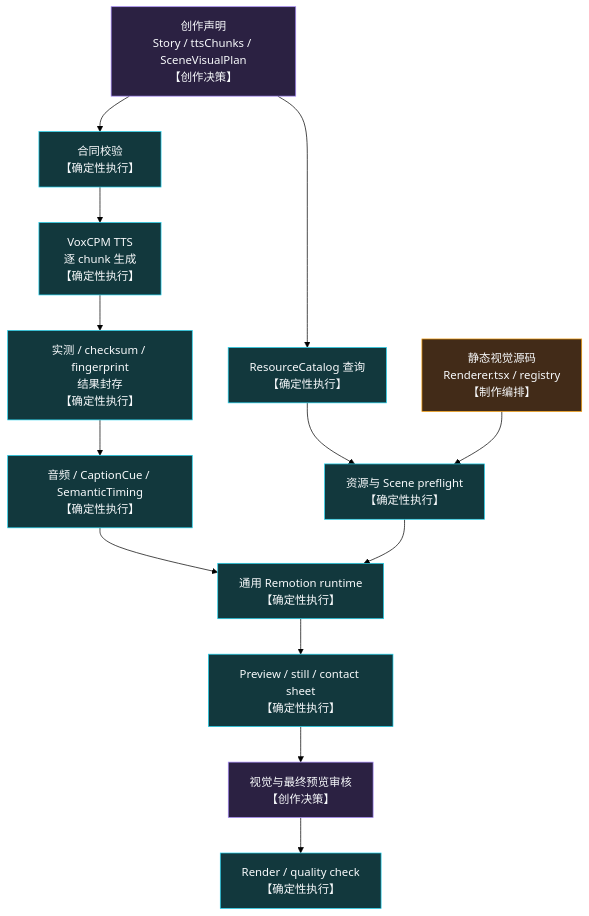
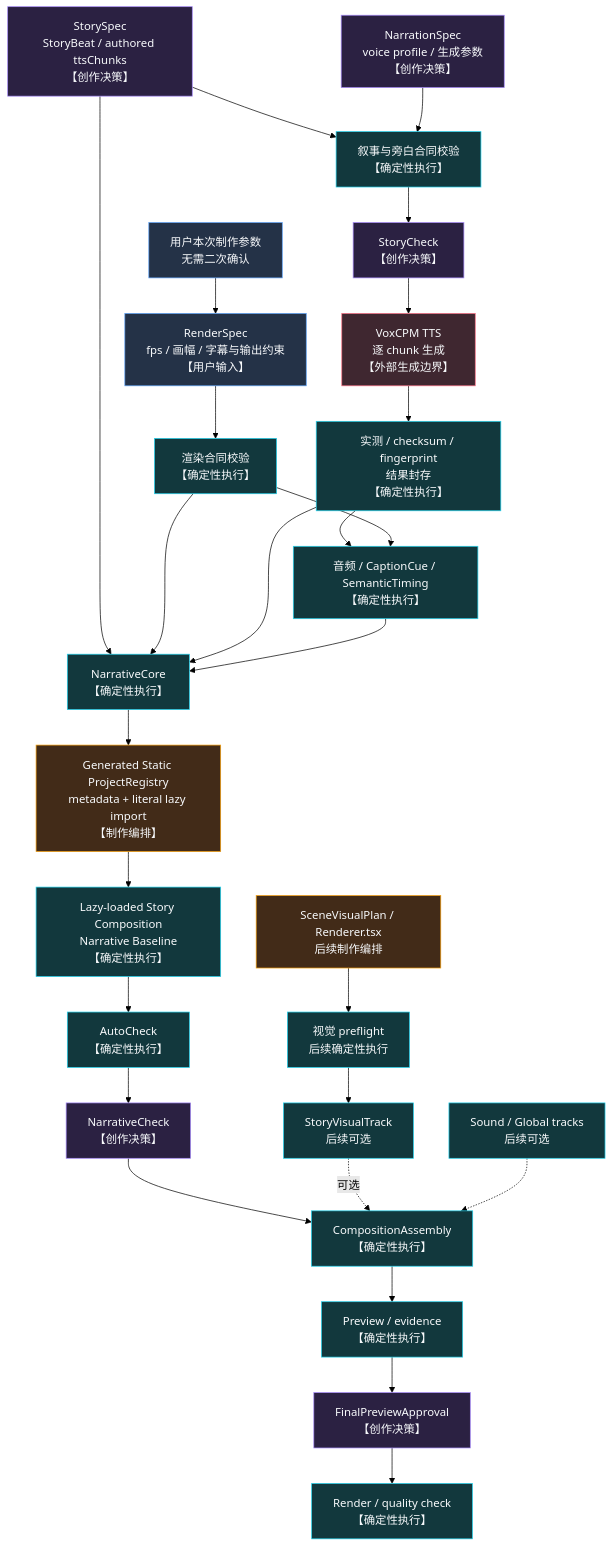
The first of 2 diagrams in docs/DETERMINISTIC_EXECUTION.md (AXMORF/axmorf-studio), drawn with Mermaid (forest theme) before and after one commit. The commit also changed other lines of this file and 11 other files, not shown here.

````diff
--- a/docs/DETERMINISTIC_EXECUTION.md
+++ b/docs/DETERMINISTIC_EXECUTION.md
@@ -35,27 +35,44 @@
 ```mermaid
 flowchart TB
-    Authored["创作声明<br/>Story / ttsChunks / SceneVisualPlan<br/>【创作决策】"]
-    Source["静态视觉源码<br/>Renderer.tsx / registry<br/>【制作编排】"]
-
-    Authored --> Contract["合同校验<br/>【确定性执行】"]
-    Contract --> TTS["VoxCPM TTS<br/>逐 chunk 生成<br/>【确定性执行】"]
+    Story["StorySpec<br/>StoryBeat / authored ttsChunks<br/>【创作决策】"]
+    NarrationSpec["NarrationSpec<br/>voice profile / 生成参数<br/>【创作决策】"]
+    RenderInput["用户本次制作参数<br/>无需二次确认"] --> RenderSpec["RenderSpec<br/>fps / 画幅 / 字幕与输出约束<br/>【用户输入】"]
+    Story --> Contract["叙事与旁白合同校验<br/>【确定性执行】"]
+    NarrationSpec --> Contract
+    RenderSpec --> RenderContract["渲染合同校验<br/>【确定性执行】"]
+    Contract --> StoryCheck["StoryCheck<br/>【创作决策】"]
+    StoryCheck --> TTS["VoxCPM TTS<br/>逐 chunk 生成<br/>【外部生成边界】"]
     TTS --> Seal["实测 / checksum / fingerprint<br/>结果封存<br/>【确定性执行】"]
     Seal --> Timing["音频 / CaptionCue / SemanticTiming<br/>【确定性执行】"]
+    RenderContract --> Timing
 
-    Authored --> Catalog["ResourceCatalog 查询<br/>【确定性执行】"]
-    Catalog --> Preflight["资源与 Scene preflight<br/>【确定性执行】"]
-    Source --> Preflight
+    Story --> Narrative["NarrativeCore<br/>【确定性执行】"]
+    RenderContract --> Narrative
+    Seal --> Narrative
+    Timing --> Narrative
+    Narrative --> ProjectRegistry["Generated Static ProjectRegistry<br/>metadata + literal lazy import<br/>【制作编排】"]
+    ProjectRegistry --> Baseline["Lazy-loaded Story Composition<br/>Narrative Baseline<br/>【确定性执行】"]
+    Baseline --> Auto["AutoCheck<br/>【确定性执行】"]
+    Auto --> NarrativeCheck["NarrativeCheck<br/>【创作决策】"]
 
-    Timing --> Runtime["通用 Remotion runtime<br/>【确定性执行】"]
-    Preflight --> Runtime
-    Runtime --> Evidence["Preview / still / contact sheet<br/>【确定性执行】"]
-    Evidence --> Review["视觉与最终预览审核<br/>【创作决策】"]
+    VisualSource["SceneVisualPlan / Renderer.tsx<br/>后续制作编排"] --> VisualPreflight["视觉 preflight<br/>后续确定性执行"]
+    VisualPreflight --> Visual["StoryVisualTrack<br/>后续可选"]
+
+    NarrativeCheck --> Assembly["CompositionAssembly<br/>【确定性执行】"]
+    Visual -.->|"可选"| Assembly
+    Optional["Sound / Global tracks<br/>后续可选"] -.-> Assembly
+    Assembly --> Evidence["Preview / evidence<br/>【确定性执行】"]
+    Evidence --> Review["FinalPreviewApproval<br/>【创作决策】"]
     Review --> Render["Render / quality check<br/>【确定性执行】"]
 
+    classDef input fill:#243247,stroke:#60a5fa,color:#f8fafc;
     classDef creative fill:#2b2142,stroke:#a78bfa,color:#f8fafc;
     classDef orchestration fill:#422b18,stroke:#f59e0b,color:#f8fafc;
     classDef deterministic fill:#12383d,stroke:#22d3ee,color:#f8fafc;
-    class Authored,Review creative;
-    class Source orchestration;
-    class Contract,TTS,Seal,Timing,Catalog,Preflight,Runtime,Evidence,Render deterministic;
+    classDef external fill:#3f2730,stroke:#fb7185,color:#f8fafc;
+    class RenderInput,RenderSpec input;
+    class Story,NarrationSpec,StoryCheck,NarrativeCheck,Review creative;
+    class VisualSource,ProjectRegistry orchestration;
+    class TTS external;
+    class Contract,RenderContract,Seal,Timing,Narrative,Baseline,Auto,VisualPreflight,Visual,Assembly,Optional,Evidence,Render deterministic;
 ```
````
